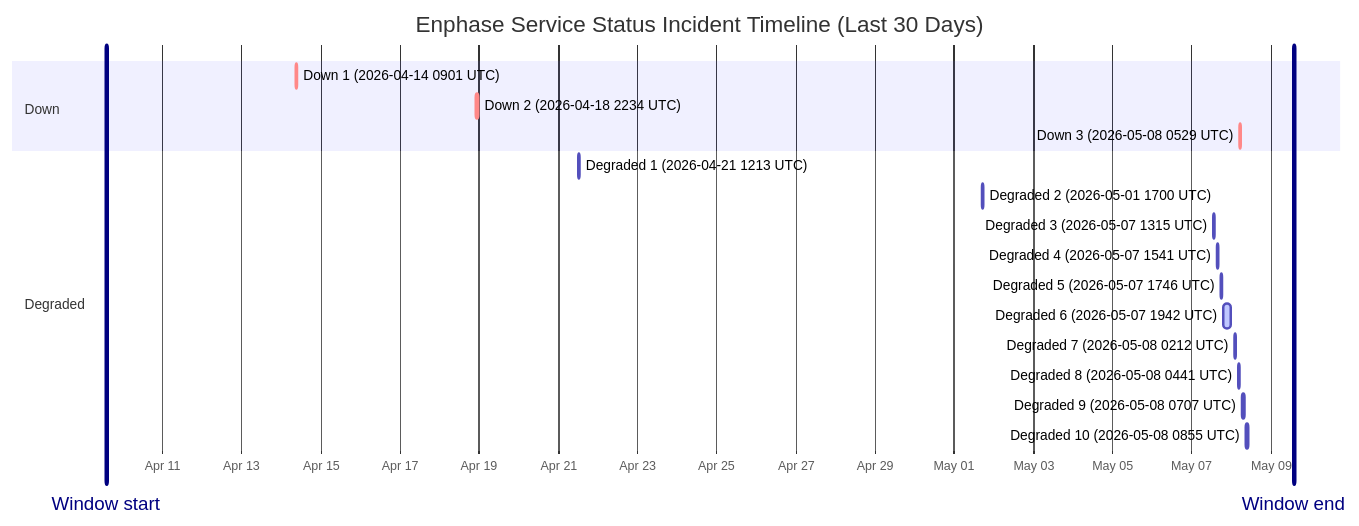
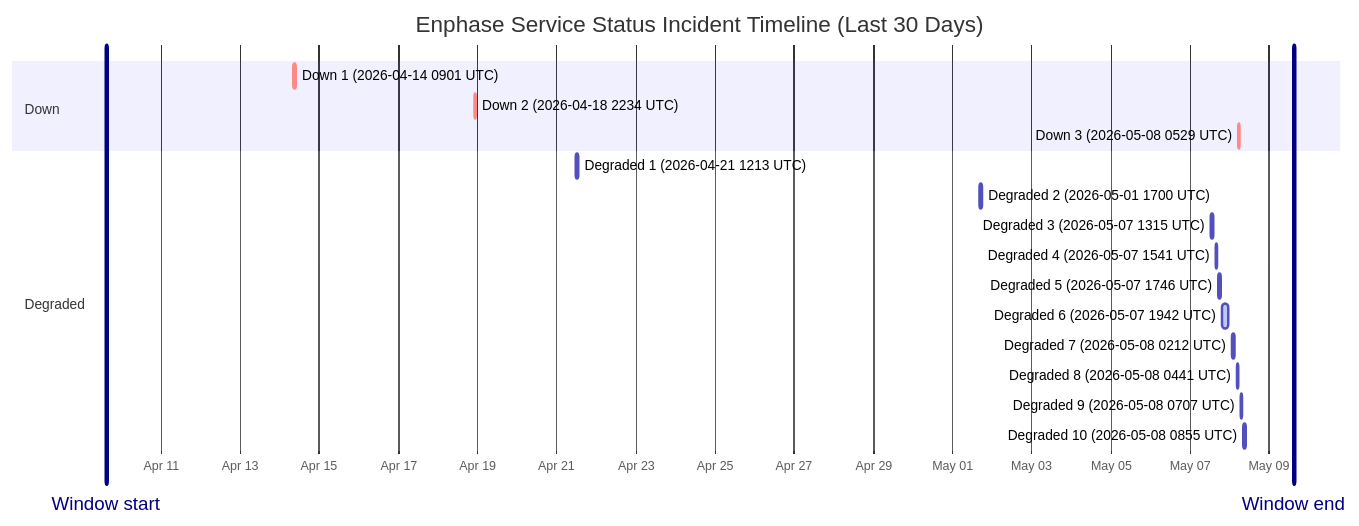
One commit to barneyonline/ha-enphase-ev-charger changed the diagram in wiki/Service-Status-History.md. Above: the diagram before and after it, drawn with Mermaid. The commit also changed other lines of this file and 3 other files, not shown here.

````diff
--- a/wiki/Service-Status-History.md
+++ b/wiki/Service-Status-History.md
@@ -14,23 +14,23 @@
 ```mermaid
 gantt
     title Enphase Service Status Incident Timeline (Last 30 Days)
     dateFormat  YYYY-MM-DDTHH:mm:ss
     axisFormat  %b %d
-    Window start :vert, window-start, 2026-04-09T13:57:58, 0ms
-    Window end :vert, window-end, 2026-05-09T13:57:58, 0ms
+    Window start :vert, window-start, 2026-04-09T14:58:40, 0ms
+    Window end :vert, window-end, 2026-05-09T14:58:40, 0ms
     section Down
     Down 1 (2026-04-14 0901 UTC) :crit, down-1, 2026-04-14T09:01:13, 60m
     Down 2 (2026-04-18 2234 UTC) :crit, down-2, 2026-04-18T22:34:13, 60m
     Down 3 (2026-05-08 0529 UTC) :crit, down-3, 2026-05-08T05:29:47, 60m
     section Degraded
     Degraded 1 (2026-04-21 1213 UTC) :active, degraded-1, 2026-04-21T12:13:11, 60m
     Degraded 2 (2026-05-01 1700 UTC) :active, degraded-2, 2026-05-01T17:00:22, 60m
     Degraded 3 (2026-05-07 1315 UTC) :active, degraded-3, 2026-05-07T13:15:25, 60m
     Degraded 4 (2026-05-07 1541 UTC) :active, degraded-4, 2026-05-07T15:41:58, 60m
     Degraded 5 (2026-05-07 1746 UTC) :active, degraded-5, 2026-05-07T17:46:51, 60m
     Degraded 6 (2026-05-07 1942 UTC) :active, degraded-6, 2026-05-07T19:42:10, 249m
     Degraded 7 (2026-05-08 0212 UTC) :active, degraded-7, 2026-05-08T02:12:39, 60m
     Degraded 8 (2026-05-08 0441 UTC) :active, degraded-8, 2026-05-08T04:41:46, 60m
     Degraded 9 (2026-05-08 0707 UTC) :active, degraded-9, 2026-05-08T07:07:30, 60m
     Degraded 10 (2026-05-08 0855 UTC) :active, degraded-10, 2026-05-08T08:55:20, 88m
 ```
````
